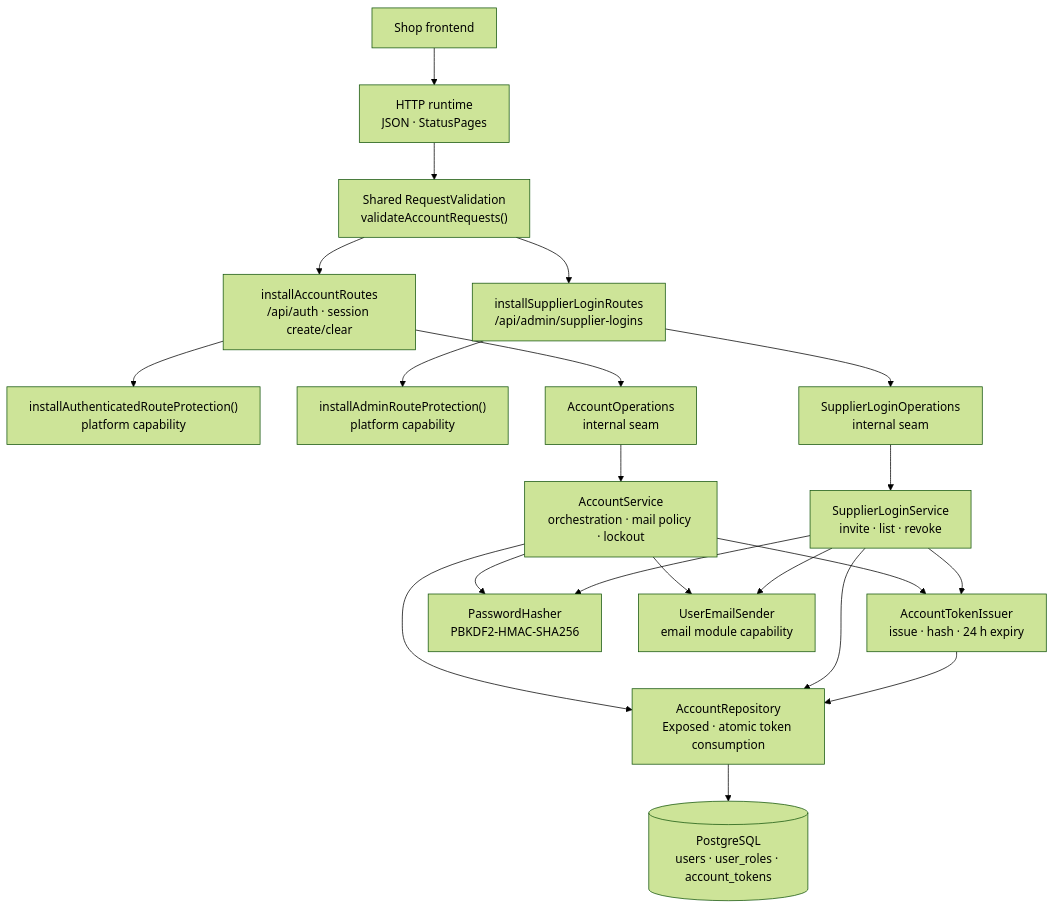
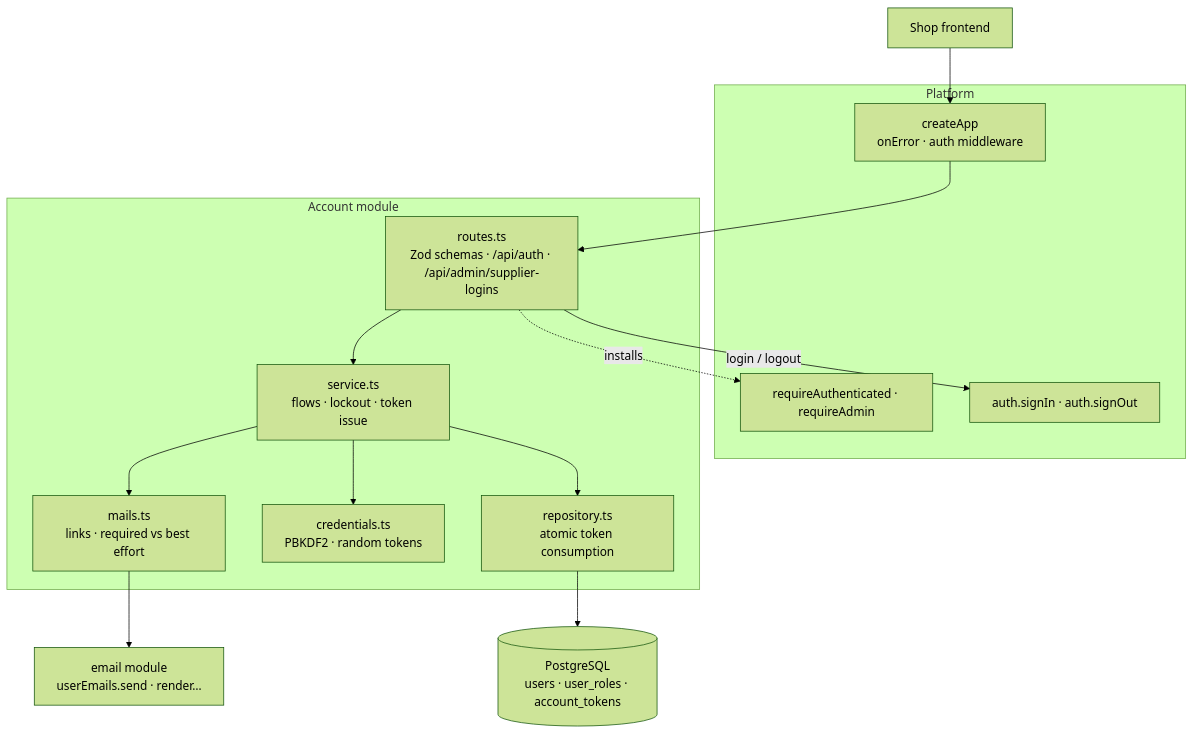
The diagram in docs/dev/backend/packages/account-package.md (bitstorm-tech/voenix-shop-kotlin), drawn with Mermaid (forest theme) before and after one commit. The commit also changed other lines of this file and 1061 other files, not shown here.

````diff
--- a/docs/dev/backend/packages/account-package.md
+++ b/docs/dev/backend/packages/account-package.md
@@ -38,38 +32,29 @@
 ```mermaid
 flowchart TB
     Client["Shop frontend"]
-    Http["HTTP runtime<br/>JSON · StatusPages"]
-    Validation["Shared RequestValidation<br/>validateAccountRequests()"]
-    Routes["installAccountRoutes<br/>/api/auth · session create/clear"]
-    AdminRoutes["installSupplierLoginRoutes<br/>/api/admin/supplier-logins"]
-    Protection["installAuthenticatedRouteProtection()<br/>platform capability"]
-    AdminProtection["installAdminRouteProtection()<br/>platform capability"]
-    Operations["AccountOperations<br/>internal seam"]
-    LoginOperations["SupplierLoginOperations<br/>internal seam"]
-    Service["AccountService<br/>orchestration · mail policy · lockout"]
-    LoginService["SupplierLoginService<br/>invite · list · revoke"]
-    Tokens["AccountTokenIssuer<br/>issue · hash · 24 h expiry"]
-    Hasher["PasswordHasher<br/>PBKDF2-HMAC-SHA256"]
-    Mail["UserEmailSender<br/>email module capability"]
-    Repository["AccountRepository<br/>Exposed · atomic token consumption"]
+
+    subgraph Platform["Platform"]
+        App["createApp<br/>onError · auth middleware"]
+        Protect["requireAuthenticated · requireAdmin"]
+        Session["auth.signIn · auth.signOut"]
+    end
+
+    subgraph Account["Account module"]
+        Routes["routes.ts<br/>Zod schemas · /api/auth · /api/admin/supplier-logins"]
+        Service["service.ts<br/>flows · lockout · token issue"]
+        Mails["mails.ts<br/>links · required vs best effort"]
+        Credentials["credentials.ts<br/>PBKDF2 · random tokens"]
+        Repository["repository.ts<br/>atomic token consumption"]
+    end
+
+    Email["email module<br/>userEmails.send · render…"]
     Tables[("PostgreSQL<br/>users · user_roles · account_tokens")]
 
-    Client --> Http --> Validation --> Routes
-    Validation --> AdminRoutes
-    Routes --> Protection
-    AdminRoutes --> AdminProtection
-    Routes --> Operations
-    AdminRoutes --> LoginOperations
-    Operations --> Service
-    LoginOperations --> LoginService
-    Service --> Tokens
-    LoginService --> Tokens
-    Service --> Hasher
-    LoginService --> Hasher
-    Service --> Mail
-    LoginService --> Mail
-    Service --> Repository
-    LoginService --> Repository
-    Tokens --> Repository
-    Repository --> Tables
+    Client --> App --> Routes
+    Routes -.->|"installs"| Protect
+    Routes -->|"login / logout"| Session
+    Routes --> Service
+    Service --> Credentials
+    Service --> Mails --> Email
+    Service --> Repository --> Tables
 ```
````
